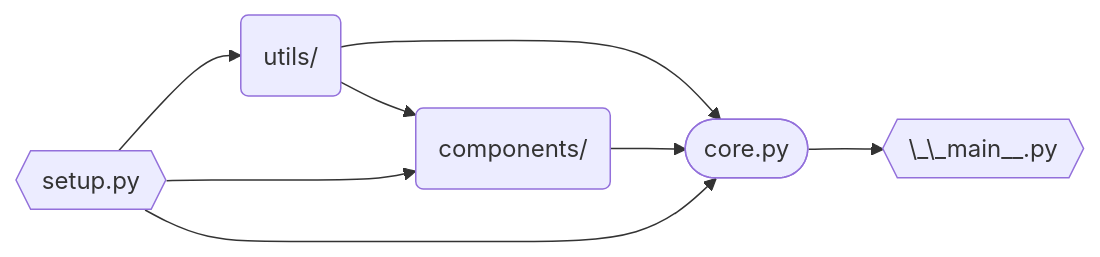
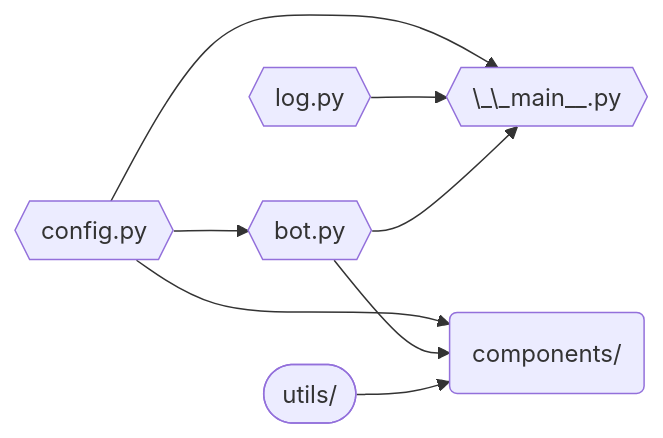
Before and after one commit to matthew-hre/github-bot: the diagram in README.md, drawn with Mermaid. The commit also changed other lines of this file, not shown here.

````diff
--- a/README.md
+++ b/README.md
@@ -194,10 +194,11 @@
 ```mermaid
 flowchart LR;
 
-setup{{setup.py}} --> utils(utils/) --> core([core.py])
-setup --> components(components/)
-utils --> components
-setup --> core
-components --> core
-core --> main{{\_\_main__.py}}
+config{{config.py}} --> bot{{bot.py}}
+config --> components(components/)
+config --> main{{\_\_main__.py}}
+log{{log.py}} --> main
+bot --> main
+bot --> components
+utils([utils/]) --> components
 ```
````
